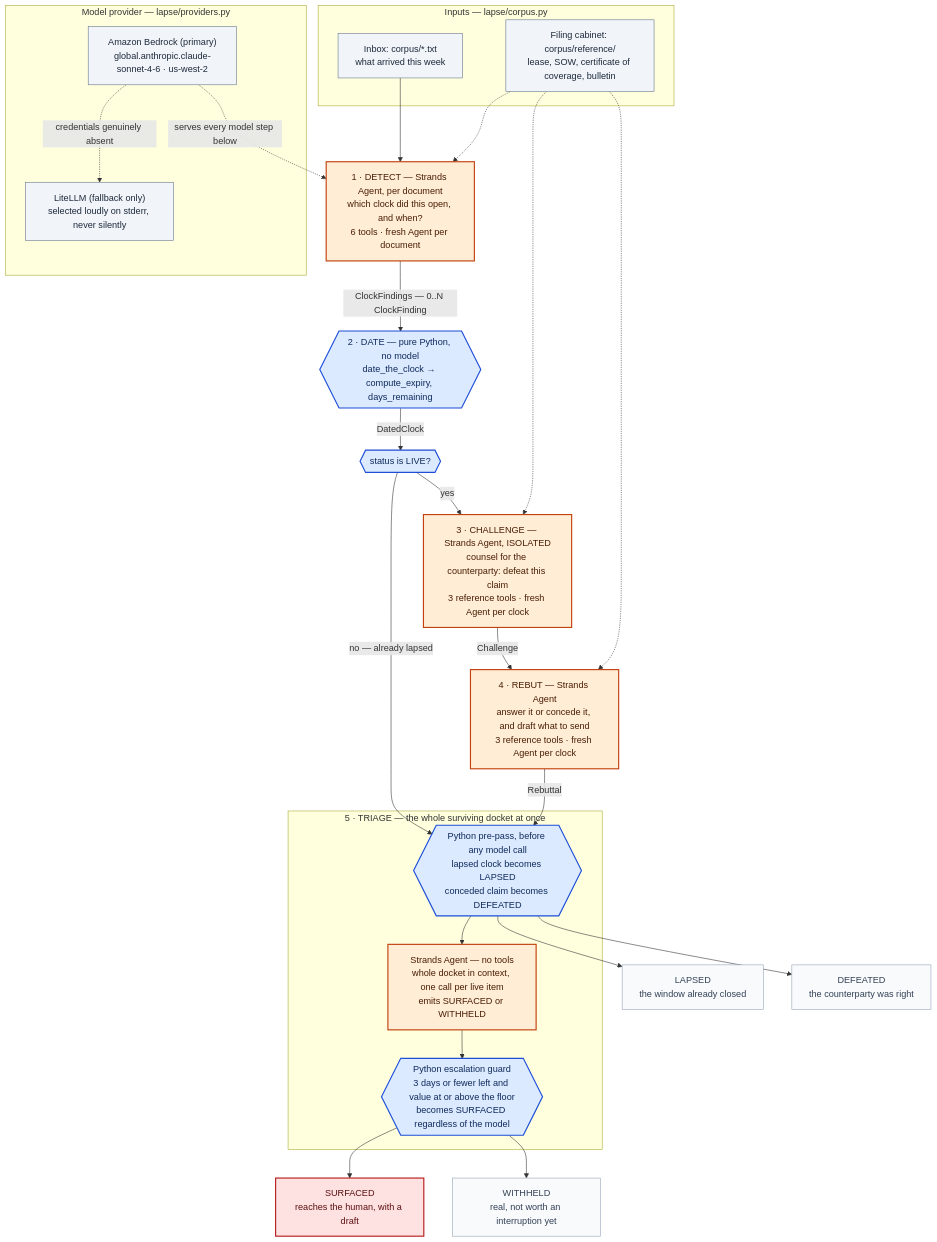
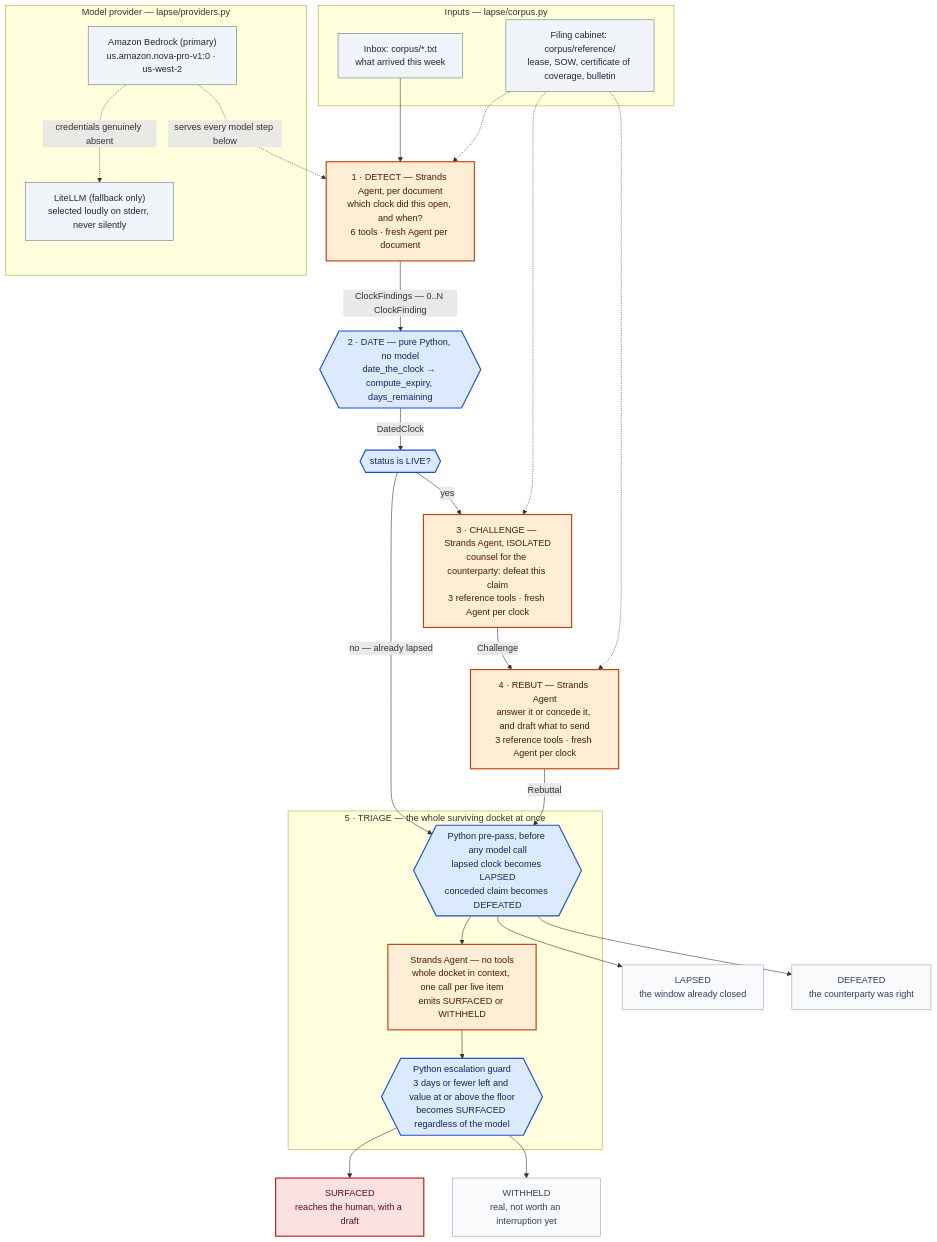
One commit to aswin-giridhar/lapse changed the diagram in docs/ARCHITECTURE.md. Above: the diagram before and after it, drawn with Mermaid. The commit also changed other lines of this file and 10 other files, not shown here.

````diff
--- a/docs/ARCHITECTURE.md
+++ b/docs/ARCHITECTURE.md
@@ -15,64 +15,64 @@
 ```mermaid
 flowchart TD
     classDef model fill:#ffedd5,stroke:#c2410c,stroke-width:2px,color:#4a1d05
     classDef py fill:#dbeafe,stroke:#1d4ed8,stroke-width:2px,color:#0f2a5c
     classDef io fill:#f1f5f9,stroke:#64748b,stroke-width:1px,color:#1e293b
     classDef hot fill:#fee2e2,stroke:#b91c1c,stroke-width:2px,color:#5c0f0f
     classDef cold fill:#f8fafc,stroke:#94a3b8,stroke-width:1px,color:#334155
 
     subgraph IN["Inputs — lapse/corpus.py"]
         INBOX["Inbox: corpus/*.txt<br/>what arrived this week"]
         REFS["Filing cabinet: corpus/reference/<br/>lease, SOW, certificate of coverage, bulletin"]
     end
 
     subgraph PROV["Model provider — lapse/providers.py"]
-        BEDROCK["Amazon Bedrock (primary)<br/>global.anthropic.claude-sonnet-4-6 · us-west-2"]
+        BEDROCK["Amazon Bedrock (primary)<br/>us.amazon.nova-pro-v1:0 · us-west-2"]
         FALL["LiteLLM (fallback only)<br/>selected loudly on stderr, never silently"]
     end
     BEDROCK -. "credentials genuinely absent" .-> FALL
     BEDROCK -. "serves every model step below" .-> DETECT
 
     INBOX --> DETECT
     DETECT["1 · DETECT — Strands Agent, per document<br/>which clock did this open, and when?<br/>6 tools · fresh Agent per document"]
     DETECT -- "ClockFindings — 0..N ClockFinding" --> DATE
 
     DATE{{"2 · DATE — pure Python, no model<br/>date_the_clock → compute_expiry, days_remaining"}}
     DATE -- "DatedClock" --> GATE
 
     GATE{{"status is LIVE?"}}
     GATE -- "no — already lapsed" --> TPRE
     GATE -- "yes" --> CHAL
 
     CHAL["3 · CHALLENGE — Strands Agent, ISOLATED<br/>counsel for the counterparty: defeat this claim<br/>3 reference tools · fresh Agent per clock"]
     CHAL -- "Challenge" --> REBUT
 
     REBUT["4 · REBUT — Strands Agent<br/>answer it or concede it, and draft what to send<br/>3 reference tools · fresh Agent per clock"]
     REBUT -- "Rebuttal" --> TPRE
 
     subgraph TRIAGE["5 · TRIAGE — the whole surviving docket at once"]
         TPRE{{"Python pre-pass, before any model call<br/>lapsed clock becomes LAPSED<br/>conceded claim becomes DEFEATED"}}
         TMOD["Strands Agent — no tools<br/>whole docket in context, one call per live item<br/>emits SURFACED or WITHHELD"]
         TGUARD{{"Python escalation guard<br/>3 days or fewer left and value at or above the floor<br/>becomes SURFACED regardless of the model"}}
         TPRE --> TMOD --> TGUARD
     end
 
     TGUARD --> OUT1
     TPRE --> OUT4
 
     OUT1["SURFACED<br/>reaches the human, with a draft"]
     OUT2["WITHHELD<br/>real, not worth an interruption yet"]
     OUT3["DEFEATED<br/>the counterparty was right"]
     OUT4["LAPSED<br/>the window already closed"]
     TGUARD --> OUT2
     TPRE --> OUT3
 
     REFS -.-> DETECT
     REFS -.-> CHAL
     REFS -.-> REBUT
 
     class DATE,GATE,TPRE,TGUARD py
     class DETECT,CHAL,REBUT,TMOD model
     class INBOX,REFS,BEDROCK,FALL io
     class OUT1 hot
     class OUT2,OUT3,OUT4 cold
 ```
````
